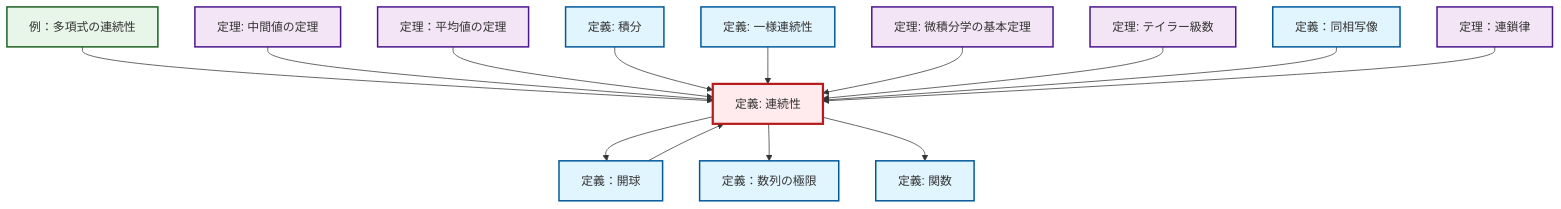
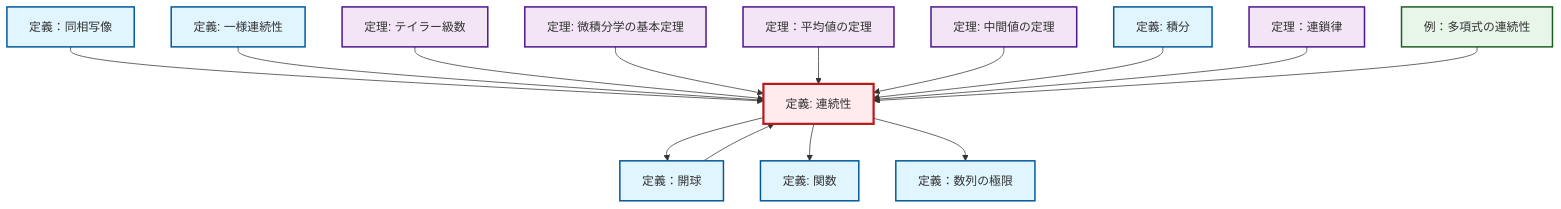
Before and after one commit to RK0429/ModernMath: the diagram in content/ja/analysis/def-continuity.qmd, drawn with Mermaid. The commit also changed other lines of this file and 1012 other files, not shown here.

````diff
--- a/content/ja/analysis/def-continuity.qmd
+++ b/content/ja/analysis/def-continuity.qmd
@@ -62,48 +62,48 @@
 ```{mermaid}
 %%| fig-cap: "Local dependency graph"
 graph TD
     classDef definition fill:#e1f5fe,stroke:#01579b,stroke-width:2px
     classDef theorem fill:#f3e5f5,stroke:#4a148c,stroke-width:2px
     classDef axiom fill:#fff3e0,stroke:#e65100,stroke-width:2px
     classDef example fill:#e8f5e9,stroke:#1b5e20,stroke-width:2px
     classDef current fill:#ffebee,stroke:#b71c1c,stroke-width:3px
-    def-integral["定義: 積分"]:::definition
-    thm-chain-rule["定理：連鎖律"]:::theorem
     def-limit["定義：数列の極限"]:::definition
-    def-uniform-continuity["定義: 一様連続性"]:::definition
-    ex-polynomial-continuity["例：多項式の連続性"]:::example
-    def-function["定義: 関数"]:::definition
-    thm-fundamental-calculus["定理: 微積分学の基本定理"]:::theorem
     thm-intermediate-value["定理: 中間値の定理"]:::theorem
-    def-homeomorphism["定義：同相写像"]:::definition
+    thm-mean-value["定理：平均値の定理"]:::theorem
     def-continuity["定義: 連続性"]:::definition
     def-open-ball["定義：開球"]:::definition
+    def-homeomorphism["定義：同相写像"]:::definition
+    def-function["定義: 関数"]:::definition
+    ex-polynomial-continuity["例：多項式の連続性"]:::example
+    def-uniform-continuity["定義: 一様連続性"]:::definition
+    def-integral["定義: 積分"]:::definition
     thm-taylor-series["定理: テイラー級数"]:::theorem
-    thm-mean-value["定理：平均値の定理"]:::theorem
+    thm-chain-rule["定理：連鎖律"]:::theorem
+    thm-fundamental-calculus["定理: 微積分学の基本定理"]:::theorem
+    def-homeomorphism --> def-continuity
+    def-continuity --> def-open-ball
+    def-uniform-continuity --> def-continuity
+    thm-taylor-series --> def-continuity
+    thm-fundamental-calculus --> def-continuity
+    thm-mean-value --> def-continuity
+    thm-intermediate-value --> def-continuity
+    def-integral --> def-continuity
+    thm-chain-rule --> def-continuity
+    def-continuity --> def-function
+    def-continuity --> def-limit
     ex-polynomial-continuity --> def-continuity
-    def-continuity --> def-open-ball
-    thm-intermediate-value --> def-continuity
     def-open-ball --> def-continuity
-    thm-mean-value --> def-continuity
-    def-integral --> def-continuity
-    def-uniform-continuity --> def-continuity
-    def-continuity --> def-limit
-    def-continuity --> def-function
-    thm-fundamental-calculus --> def-continuity
-    thm-taylor-series --> def-continuity
-    def-homeomorphism --> def-continuity
-    thm-chain-rule --> def-continuity
     class def-continuity current
+    click def-limit "def-limit.html" "定義：数列の極限へ"
+    click thm-intermediate-value "thm-intermediate-value.html" "中間値の定理の定理へ"
+    click thm-mean-value "thm-mean-value.html" "定理：平均値の定理へ"
+    click def-open-ball "def-open-ball.html" "定義：開球へ"
+    click def-homeomorphism "def-homeomorphism.html" "定義：同相写像へ"
+    click def-function "def-function.html" "関数の定義へ"
+    click ex-polynomial-continuity "ex-polynomial-continuity.html" "例：多項式の連続性へ"
+    click def-uniform-continuity "def-uniform-continuity.html" "一様連続性の定義へ"
     click def-integral "def-integral.html" "積分の定義へ"
+    click thm-taylor-series "thm-taylor-series.html" "テイラー級数の定理へ"
     click thm-chain-rule "thm-chain-rule.html" "定理：連鎖律へ"
-    click def-limit "def-limit.html" "定義：数列の極限へ"
-    click def-uniform-continuity "def-uniform-continuity.html" "一様連続性の定義へ"
-    click ex-polynomial-continuity "ex-polynomial-continuity.html" "例：多項式の連続性へ"
-    click def-function "def-function.html" "関数の定義へ"
     click thm-fundamental-calculus "thm-fundamental-calculus.html" "微積分学の基本定理の定理へ"
-    click thm-intermediate-value "thm-intermediate-value.html" "中間値の定理の定理へ"
-    click def-homeomorphism "def-homeomorphism.html" "定義：同相写像へ"
-    click def-open-ball "def-open-ball.html" "定義：開球へ"
-    click thm-taylor-series "thm-taylor-series.html" "テイラー級数の定理へ"
-    click thm-mean-value "thm-mean-value.html" "定理：平均値の定理へ"
 ```
````
